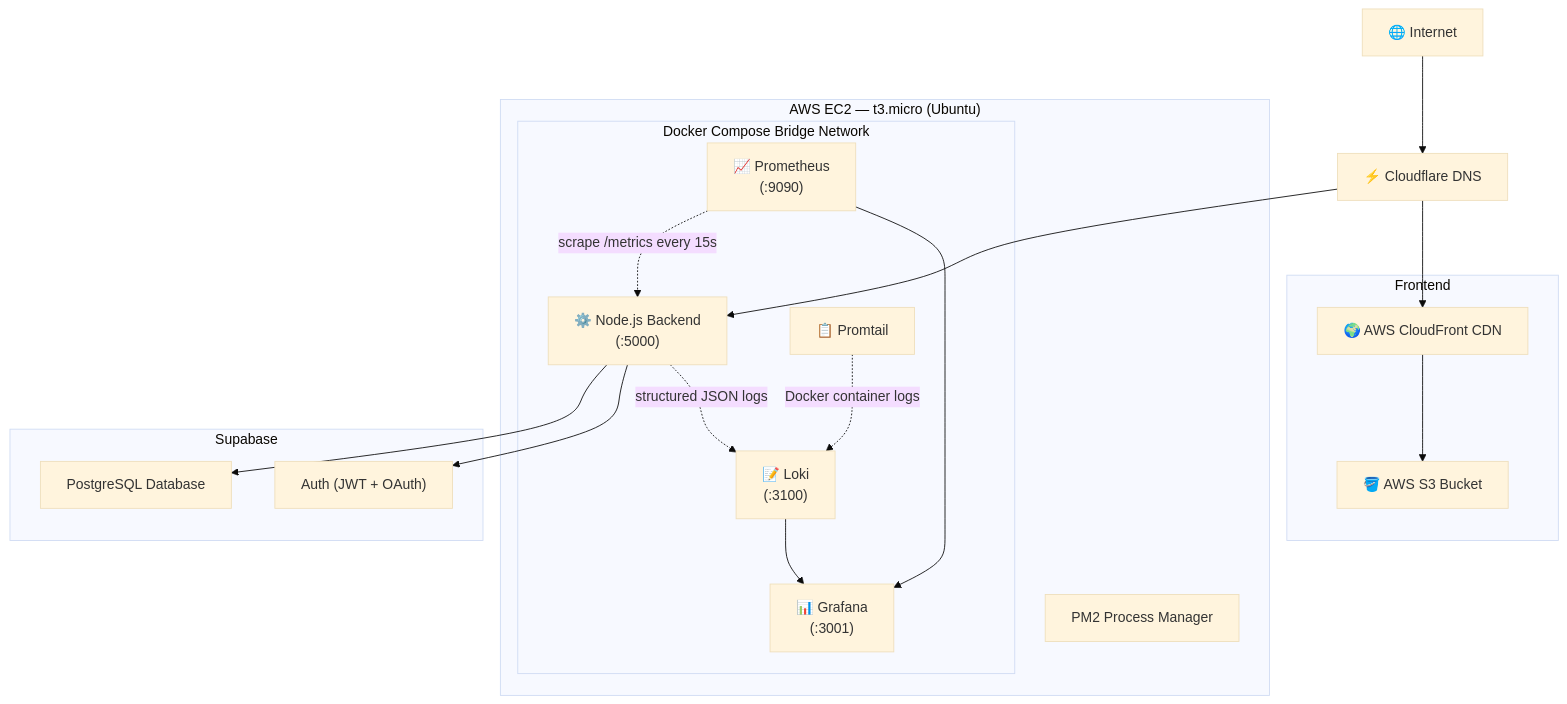
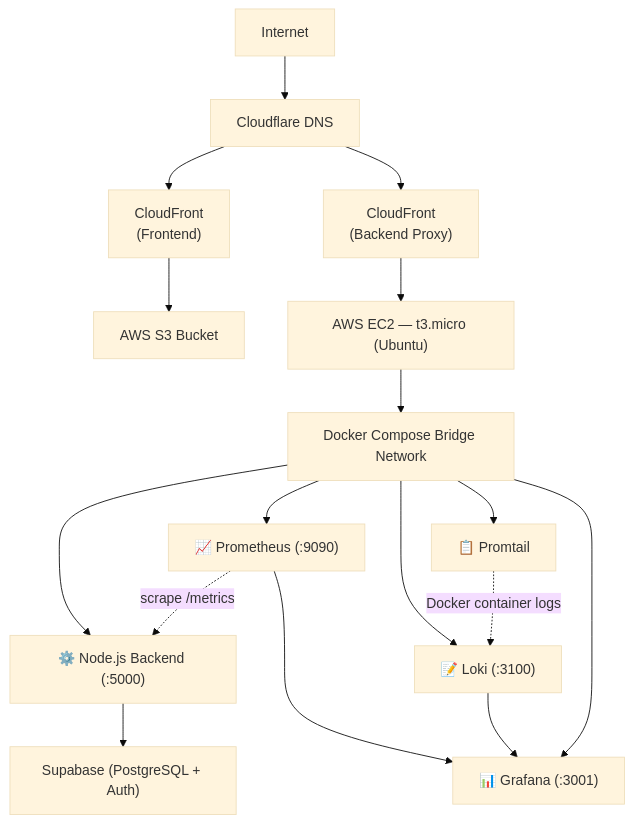
One commit to Dakshh-Agarwal/DevGuard-AI changed the diagram in docs/DEPLOYMENT.md. Above: the diagram before and after it, drawn with Mermaid (base theme). The commit also changed other lines of this file and 1 other file, not shown here.

Commit message:
docs: explicitly show dual CloudFront architecture, ACM TLS 1.3, and 1.5GB swap file

````diff
--- a/docs/DEPLOYMENT.md
+++ b/docs/DEPLOYMENT.md
@@ -7,38 +7,24 @@
 ```mermaid
 flowchart TD
-    Internet["🌐 Internet"]
-    DNS["⚡ Cloudflare DNS"]
+    Internet["Internet"] --> DNS["Cloudflare DNS"]
     
-    subgraph Frontend
-        CDN["🌍 AWS CloudFront CDN"]
-        S3["🪣 AWS S3 Bucket"]
-    end
+    DNS --> CFF["CloudFront\n(Frontend)"]
+    DNS --> CFB["CloudFront\n(Backend Proxy)"]
     
-    subgraph "AWS EC2 — t3.micro (Ubuntu)"
-        PM2["PM2 Process Manager"]
-        subgraph "Docker Compose Bridge Network"
-            Backend["⚙️ Node.js Backend\n(:5000)"]
-            Prometheus["📈 Prometheus\n(:9090)"]
-            Loki["📝 Loki\n(:3100)"]
-            Promtail["📋 Promtail"]
-            Grafana["📊 Grafana\n(:3001)"]
-        end
-    end
-
-    subgraph Supabase
-        DB["PostgreSQL Database"]
-        Auth["Auth (JWT + OAuth)"]
-    end
-
-    Internet --> DNS
-    DNS --> CDN
-    CDN --> S3
-    DNS --> Backend
-    Backend --> DB
-    Backend --> Auth
-    Backend -.->|structured JSON logs| Loki
-    Prometheus -.->|scrape /metrics every 15s| Backend
+    CFF --> S3["AWS S3 Bucket"]
+    CFB --> EC2["AWS EC2 — t3.micro (Ubuntu)"]
+    
+    EC2 --> Docker["Docker Compose Bridge Network"]
+    
+    Docker --> Backend["⚙️ Node.js Backend (:5000)"]
+    Docker --> Prometheus["📈 Prometheus (:9090)"]
+    Docker --> Loki["📝 Loki (:3100)"]
+    Docker --> Promtail["📋 Promtail"]
+    Docker --> Grafana["📊 Grafana (:3001)"]
+    
+    Backend --> Supabase["Supabase (PostgreSQL + Auth)"]
+    Prometheus -.->|scrape /metrics| Backend
     Promtail -.->|Docker container logs| Loki
     Prometheus --> Grafana
     Loki --> Grafana
 ```
````
